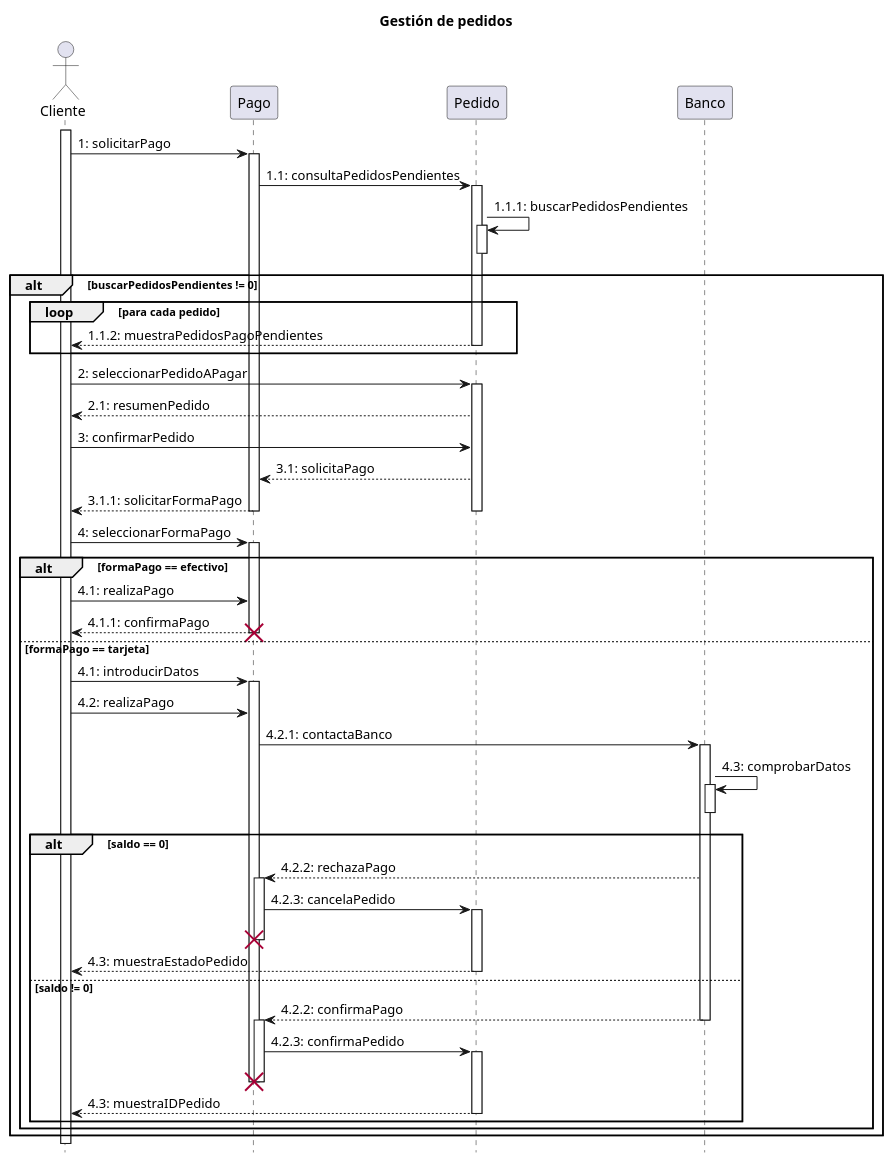
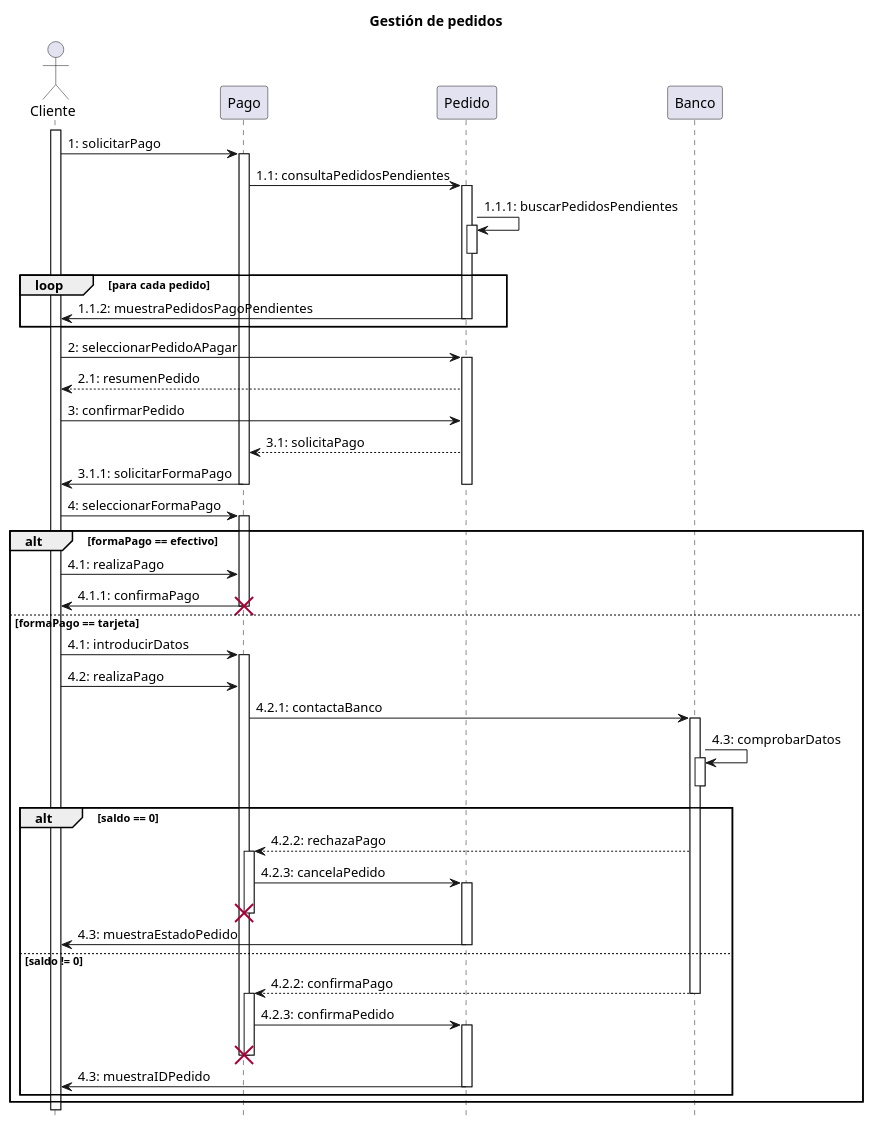
Before and after one commit to eliadotor/PCV06-10: the diagram in sequence/PCV06-20/pagoPedidos.puml, drawn with PlantUML.

Commit message:
En el diagrama de pagos de pedidos, suprimida condición de no existir pedidos sin pagar y actualizada comunicación entre objetos

```diff
--- a/sequence/PCV06-20/pagoPedidos.puml
+++ b/sequence/PCV06-20/pagoPedidos.puml
@@ -1,59 +1,59 @@
 @startuml
 hide footbox
 
 title Gestión de pedidos
 
 actor Cliente 
 
 Cliente ++
 Cliente -> Pago++: 1: solicitarPago
 Pago -> Pedido++: 1.1: consultaPedidosPendientes
 Pedido -> Pedido++: 1.1.1: buscarPedidosPendientes
 deactivate Pedido
-alt buscarPedidosPendientes != 0
-   loop para cada pedido
-        Cliente <-- Pedido: 1.1.2: muestraPedidosPagoPendientes
-        deactivate Pedido
-    end
-    
-    Cliente -> Pedido++: 2: seleccionarPedidoAPagar
-    Cliente <-- Pedido: 2.1: resumenPedido
-    Cliente -> Pedido: 3: confirmarPedido
-    Pago <-- Pedido: 3.1: solicitaPago
-    Cliente <-- Pago: 3.1.1: solicitarFormaPago
+
+loop para cada pedido
+    Cliente <- Pedido: 1.1.2: muestraPedidosPagoPendientes
     deactivate Pedido
-    deactivate Pago
-    Cliente -> Pago++: 4: seleccionarFormaPago
-    
-    alt formaPago == efectivo
-        Cliente -> Pago : 4.1: realizaPago
-        Cliente <-- Pago : 4.1.1: confirmaPago
-        destroy Pago
-    else formaPago == tarjeta
-        Cliente -> Pago++ : 4.1: introducirDatos
-        Cliente -> Pago : 4.2: realizaPago
-        Pago -> Banco++: 4.2.1: contactaBanco
-        Banco -> Banco++ : 4.3: comprobarDatos
-        deactivate Banco
-
-        alt saldo == 0
-            Pago <-- Banco: 4.2.2: rechazaPago
-            activate Pago
-            Pago -> Pedido++: 4.2.3: cancelaPedido
-            destroy Pago
-            Cliente <-- Pedido: 4.3: muestraEstadoPedido
-            deactivate Pedido
-        else saldo != 0
-            Pago <-- Banco: 4.2.2: confirmaPago
-            deactivate Banco
-            activate Pago
-            Pago -> Pedido++: 4.2.3: confirmaPedido
-            destroy Pago
-            deactivate Pago
-            Cliente <-- Pedido: 4.3: muestraIDPedido
-            deactivate Pedido
-        end     
-    end
 end
 
+Cliente -> Pedido++: 2: seleccionarPedidoAPagar
+Cliente <-- Pedido: 2.1: resumenPedido
+Cliente -> Pedido: 3: confirmarPedido
+Pago <-- Pedido: 3.1: solicitaPago
+Cliente <- Pago: 3.1.1: solicitarFormaPago
+deactivate Pedido
+deactivate Pago
+Cliente -> Pago++: 4: seleccionarFormaPago
+
+alt formaPago == efectivo
+    Cliente -> Pago : 4.1: realizaPago
+    Cliente <- Pago : 4.1.1: confirmaPago
+    destroy Pago
+else formaPago == tarjeta
+    Cliente -> Pago++ : 4.1: introducirDatos
+    Cliente -> Pago : 4.2: realizaPago
+    Pago -> Banco++: 4.2.1: contactaBanco
+    Banco -> Banco++ : 4.3: comprobarDatos
+    deactivate Banco
+
+    alt saldo == 0
+        Pago <-- Banco: 4.2.2: rechazaPago
+        activate Pago
+        Pago -> Pedido++: 4.2.3: cancelaPedido
+        destroy Pago
+        Cliente <- Pedido: 4.3: muestraEstadoPedido
+        deactivate Pedido
+    else saldo != 0
+        Pago <-- Banco: 4.2.2: confirmaPago
+        deactivate Banco
+        activate Pago
+        Pago -> Pedido++: 4.2.3: confirmaPedido
+        destroy Pago
+        deactivate Pago
+        Cliente <- Pedido: 4.3: muestraIDPedido
+        deactivate Pedido
+    end     
+end
+
+
 @enduml
```
